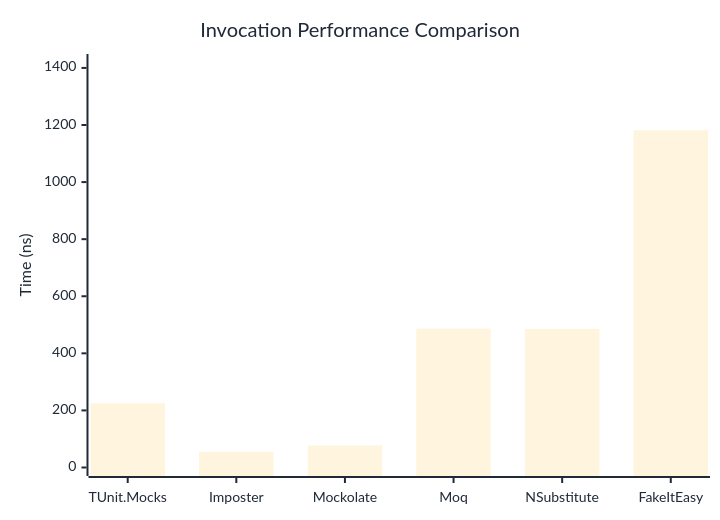
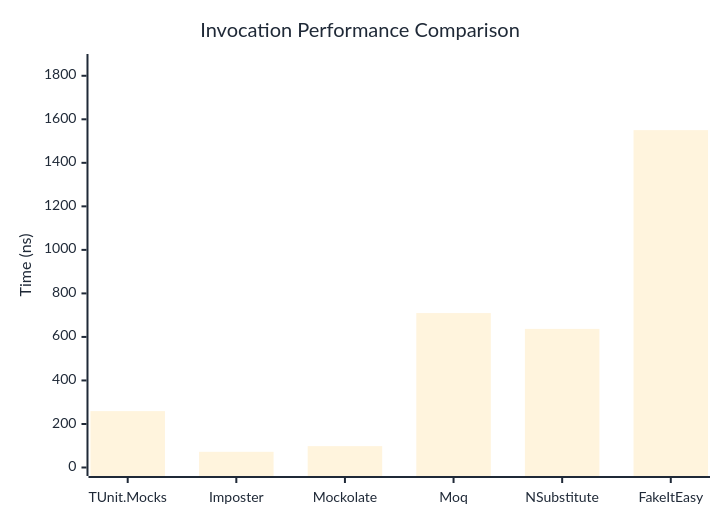
One commit to thomhurst/TUnit changed the first of 3 diagrams in docs/docs/benchmarks/mocks/Invocation.md. Above: the diagram before and after it, drawn with Mermaid. The commit also changed other lines of this file and 14 other files, not shown here.

````diff
--- a/docs/docs/benchmarks/mocks/Invocation.md
+++ b/docs/docs/benchmarks/mocks/Invocation.md
@@ -30,27 +30,27 @@
 ```mermaid
 %%{init: {
   'theme':'base',
   'themeVariables': {
     'primaryColor': '#2563eb',
     'primaryTextColor': '#1f2937',
     'primaryBorderColor': '#1e40af',
     'lineColor': '#6b7280',
     'secondaryColor': '#7c3aed',
     'tertiaryColor': '#dc2626',
     'background': '#ffffff',
     'pie1': '#2563eb',
     'pie2': '#7c3aed',
     'pie3': '#dc2626',
     'pie4': '#f59e0b',
     'pie5': '#10b981',
     'pie6': '#06b6d4',
     'pie7': '#ec4899',
     'pie8': '#6366f1'
   }
 }}%%
 xychart-beta
   title "Invocation Performance Comparison"
   x-axis ["TUnit.Mocks", "Imposter", "Mockolate", "Moq", "NSubstitute", "FakeItEasy"]
-  y-axis "Time (ns)" 0 --> 1419
-  bar [225.29, 54.98, 76.81, 486.43, 485.1, 1181.87]
+  y-axis "Time (ns)" 0 --> 1861
+  bar [259.08, 72.04, 98.18, 709.61, 636.83, 1550.17]
 ```
````
